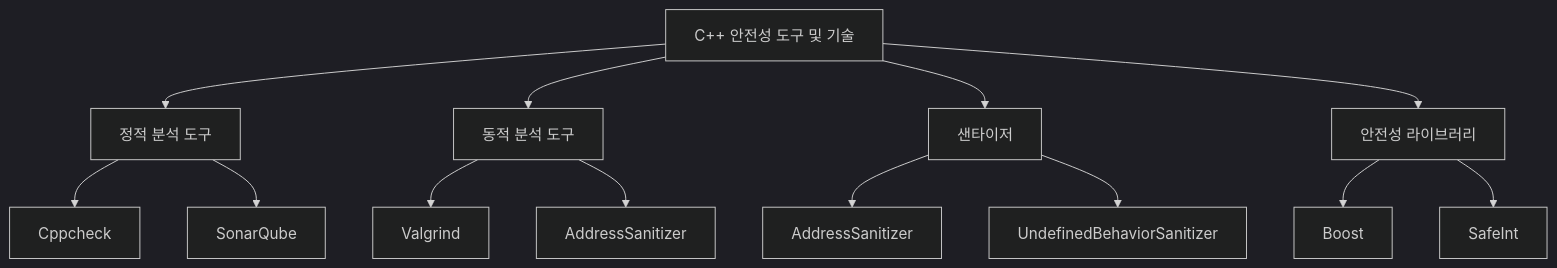
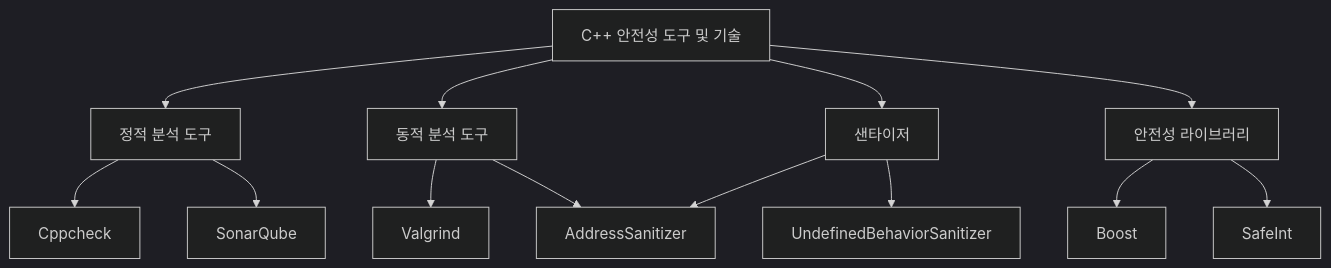
One commit to 42jerrykim/42jerrykim.github.io changed the seventh of 8 diagrams in content/post/2024/2024-08-27-cpp-safty/index.md. Above: the diagram before and after it, drawn with Mermaid (dark theme). The commit also changed other lines of this file and 239 other files, not shown here.

````diff
--- a/content/post/2024/2024-08-27-cpp-safty/index.md
+++ b/content/post/2024/2024-08-27-cpp-safty/index.md
@@ -639,15 +506,27 @@
 ```mermaid
-graph TD;
-    A[C++ 안전성 도구 및 기술] --> B[정적 분석 도구]
-    A --> C[동적 분석 도구]
-    A --> D[샌타이저]
-    A --> E[안전성 라이브러리]
-    B --> F[Cppcheck]
-    B --> G[SonarQube]
-    C --> H[Valgrind]
-    C --> I[AddressSanitizer]
-    D --> J[AddressSanitizer]
-    D --> K[UndefinedBehaviorSanitizer]
-    E --> L[Boost]
-    E --> M[SafeInt]
+graph TD
+    toolsRoot["C++ 안전성 도구 및 기술"]
+    staticTools[정적 분석 도구]
+    dynamicTools[동적 분석 도구]
+    sanitizers[샌타이저]
+    safeLibs[안전성 라이브러리]
+    cppcheck[Cppcheck]
+    sonar[SonarQube]
+    valgrind[Valgrind]
+    asan[AddressSanitizer]
+    ubsan[UndefinedBehaviorSanitizer]
+    boost[Boost]
+    safeInt[SafeInt]
+    toolsRoot --> staticTools
+    toolsRoot --> dynamicTools
+    toolsRoot --> sanitizers
+    toolsRoot --> safeLibs
+    staticTools --> cppcheck
+    staticTools --> sonar
+    dynamicTools --> valgrind
+    dynamicTools --> asan
+    sanitizers --> asan
+    sanitizers --> ubsan
+    safeLibs --> boost
+    safeLibs --> safeInt
 ```
````
